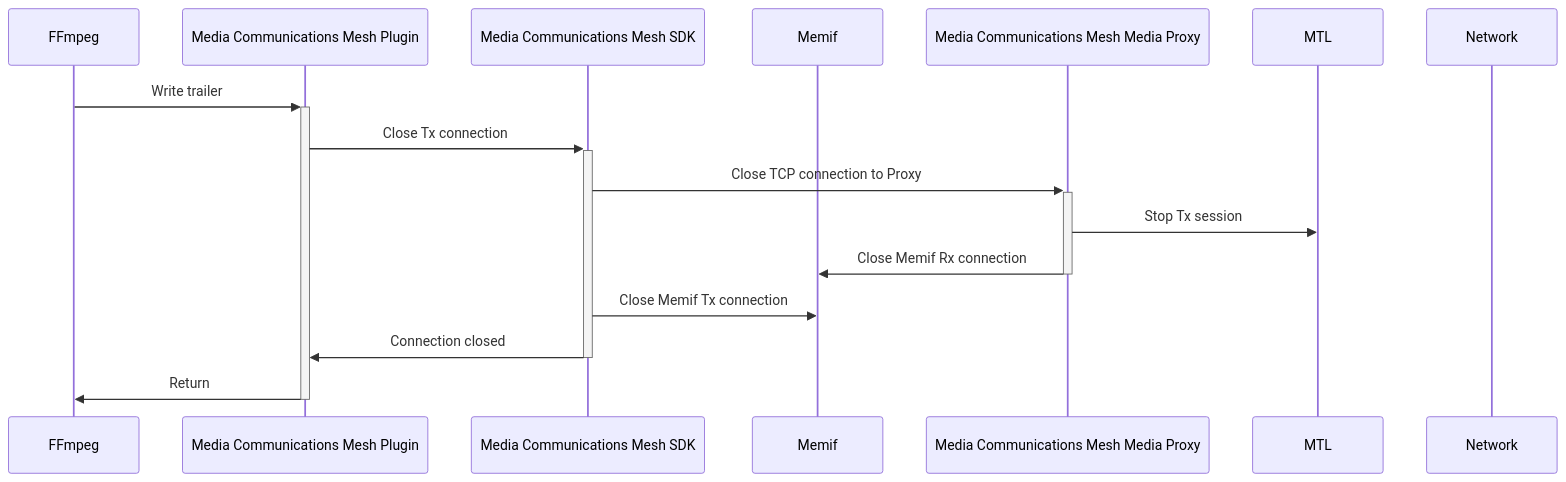
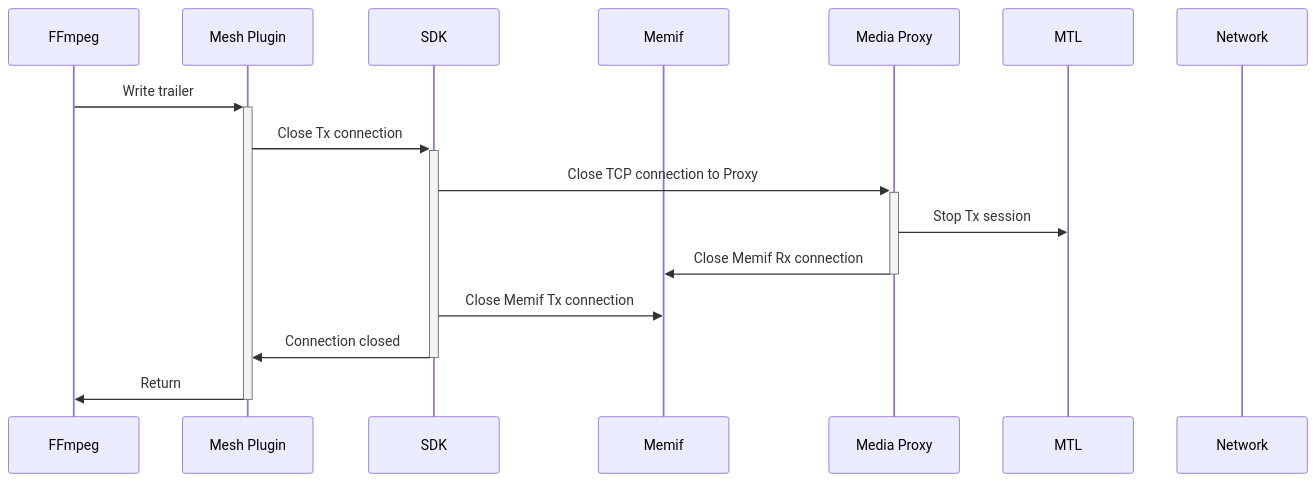
Before and after one commit to OpenVisualCloud/Media-Communications-Mesh: the fourth of 4 diagrams in ffmpeg-plugin/TX_FLOW.md, drawn with Mermaid. The commit also changed other lines of this file and 13 other files, not shown here.

````diff
--- a/ffmpeg-plugin/TX_FLOW.md
+++ b/ffmpeg-plugin/TX_FLOW.md
@@ -86,19 +86,19 @@
 ```mermaid
 sequenceDiagram
    participant ffmpeg as FFmpeg
-   participant mux as Media Communications Mesh Plugin
-   participant sdk as Media Communications Mesh SDK
+   participant mux as Mesh Plugin
+   participant sdk as SDK
    participant memif as Memif
-   participant proxy as Media Communications Mesh Media Proxy
+   participant proxy as Media Proxy
    participant mtl as MTL
    participant network as Network
 
    ffmpeg ->>+ mux: Write trailer
    mux ->>+ sdk: Close Tx connection
    sdk ->>+ proxy: Close TCP connection to Proxy
    proxy ->> mtl: Stop Tx session
    proxy ->>- memif: Close Memif Rx connection
    sdk ->> memif: Close Memif Tx connection
    sdk ->>- mux: Connection closed
    mux ->>- ffmpeg: Return
 ```
````
